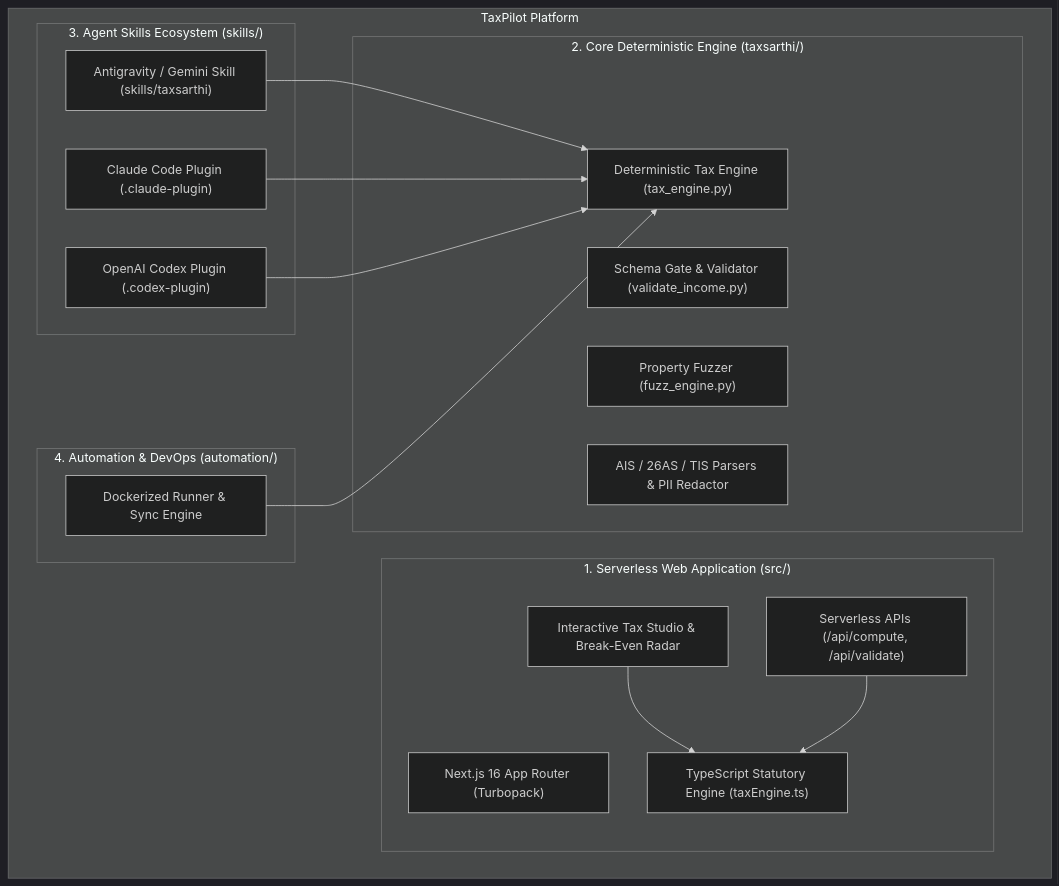
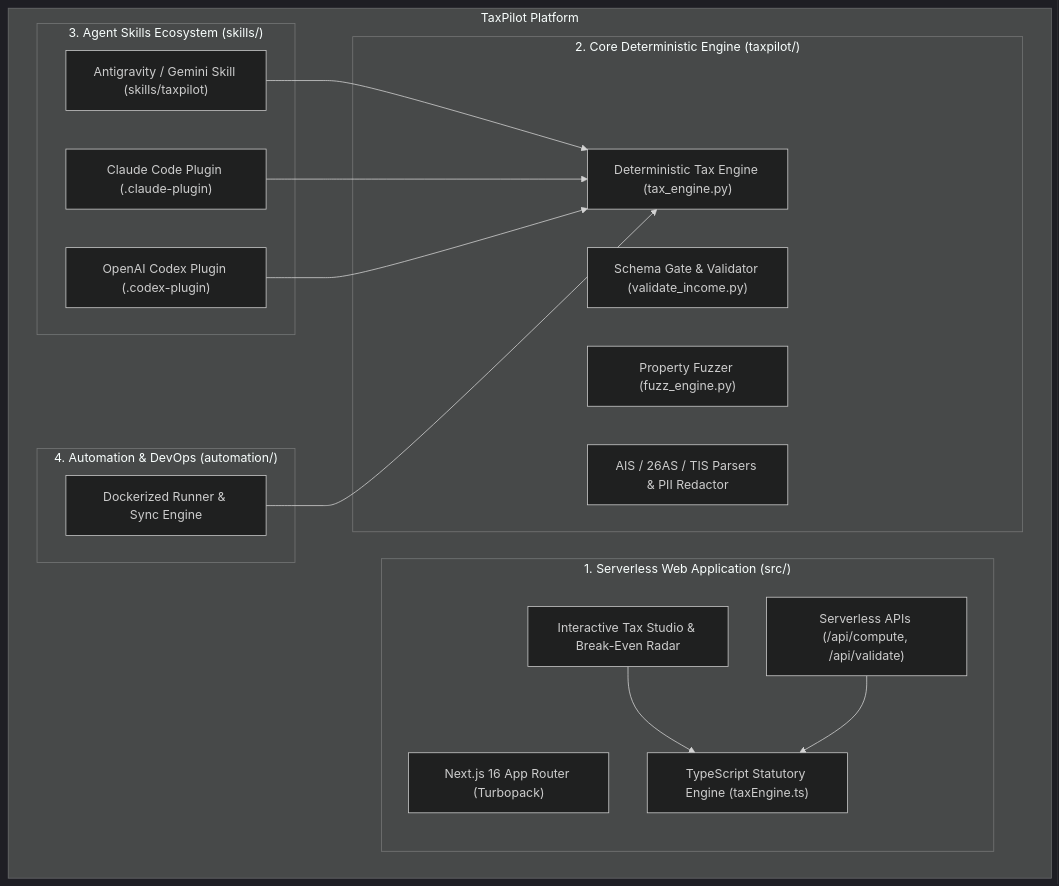
Before and after one commit to Kishann911/TaxPilot: the diagram in README.md, drawn with Mermaid (dark theme). The commit also changed other lines of this file and 85 other files, not shown here.

Commit message:
refactor: rename taxsarthi package and skills directories to taxpilot

````diff
--- a/README.md
+++ b/README.md
@@ -61,35 +61,35 @@
 ```mermaid
 graph TD
     subgraph "TaxPilot Platform"
         subgraph "1. Serverless Web Application (src/)"
             NextApp["Next.js 16 App Router (Turbopack)"]
             Studio["Interactive Tax Studio & Break-Even Radar"]
             EdgeAPI["Serverless APIs (/api/compute, /api/validate)"]
             TSEngine["TypeScript Statutory Engine (taxEngine.ts)"]
         end
 
-        subgraph "2. Core Deterministic Engine (taxsarthi/)"
+        subgraph "2. Core Deterministic Engine (taxpilot/)"
             PythonEngine["Deterministic Tax Engine (tax_engine.py)"]
             Validator["Schema Gate & Validator (validate_income.py)"]
             Fuzzer["Property Fuzzer (fuzz_engine.py)"]
             Parsers["AIS / 26AS / TIS Parsers & PII Redactor"]
         end
 
         subgraph "3. Agent Skills Ecosystem (skills/)"
-            AgentSkill["Antigravity / Gemini Skill (skills/taxsarthi)"]
+            AgentSkill["Antigravity / Gemini Skill (skills/taxpilot)"]
             ClaudePlugin["Claude Code Plugin (.claude-plugin)"]
             CodexPlugin["OpenAI Codex Plugin (.codex-plugin)"]
         end
 
         subgraph "4. Automation & DevOps (automation/)"
             DockerEnv["Dockerized Runner & Sync Engine"]
         end
     end
 
     Studio --> TSEngine
     EdgeAPI --> TSEngine
     AgentSkill --> PythonEngine
     ClaudePlugin --> PythonEngine
     CodexPlugin --> PythonEngine
     DockerEnv --> PythonEngine
 ```
````
